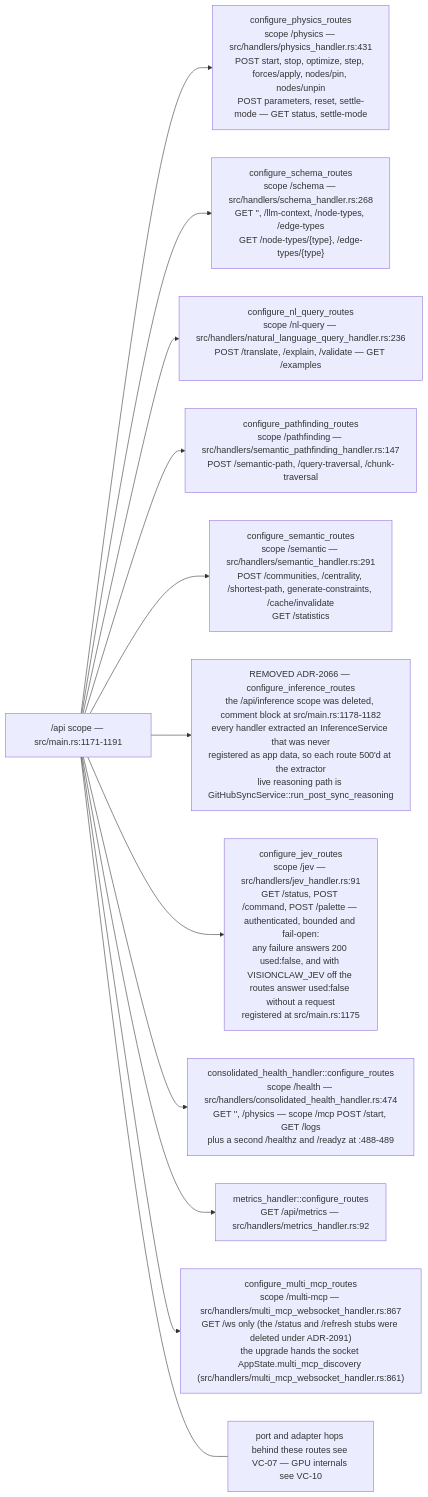
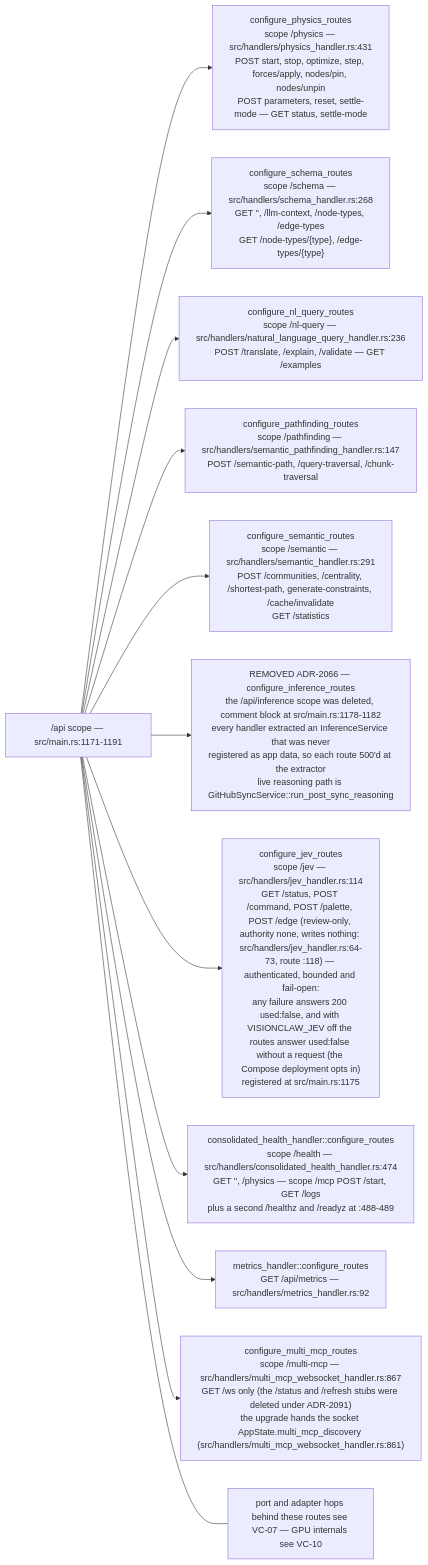
The tenth of 13 diagrams in docs/diagrams/visionclaw/01-boot-and-app-state.md (DreamLab-AI/VisionFlow), drawn with Mermaid before and after one commit. The commit also changed other lines of this file and 145 other files, not shown here.

````diff
--- a/docs/diagrams/visionclaw/01-boot-and-app-state.md
+++ b/docs/diagrams/visionclaw/01-boot-and-app-state.md
@@ -420,16 +423,16 @@
 ```mermaid
 flowchart LR
     S["/api scope — src/main.rs:1171-1191"]
     S --> P["configure_physics_routes<br/>scope /physics — src/handlers/physics_handler.rs:431<br/>POST start, stop, optimize, step, forces/apply, nodes/pin, nodes/unpin<br/>POST parameters, reset, settle-mode — GET status, settle-mode"]
     S --> SC["configure_schema_routes<br/>scope /schema — src/handlers/schema_handler.rs:268<br/>GET '', /llm-context, /node-types, /edge-types<br/>GET /node-types/{type}, /edge-types/{type}"]
     S --> NL["configure_nl_query_routes<br/>scope /nl-query — src/handlers/natural_language_query_handler.rs:236<br/>POST /translate, /explain, /validate — GET /examples"]
     S --> PF["configure_pathfinding_routes<br/>scope /pathfinding — src/handlers/semantic_pathfinding_handler.rs:147<br/>POST /semantic-path, /query-traversal, /chunk-traversal"]
     S --> SM["configure_semantic_routes<br/>scope /semantic — src/handlers/semantic_handler.rs:291<br/>POST /communities, /centrality, /shortest-path, generate-constraints, /cache/invalidate<br/>GET /statistics"]
     S --> IN["REMOVED ADR-2066 — configure_inference_routes<br/>the /api/inference scope was deleted, comment block at src/main.rs:1178-1182<br/>every handler extracted an InferenceService that was never<br/>registered as app data, so each route 500'd at the extractor<br/>live reasoning path is GitHubSyncService::run_post_sync_reasoning"]
-    S --> JV["configure_jev_routes<br/>scope /jev — src/handlers/jev_handler.rs:91<br/>GET /status, POST /command, POST /palette — authenticated, bounded and fail-open:<br/>any failure answers 200 used:false, and with VISIONCLAW_JEV off the routes answer used:false without a request<br/>registered at src/main.rs:1175"]
+    S --> JV["configure_jev_routes<br/>scope /jev — src/handlers/jev_handler.rs:114<br/>GET /status, POST /command, POST /palette, POST /edge (review-only, authority none, writes nothing: src/handlers/jev_handler.rs:64-73, route :118) — authenticated, bounded and fail-open:<br/>any failure answers 200 used:false, and with VISIONCLAW_JEV off the routes answer used:false without a request (the Compose deployment opts in)<br/>registered at src/main.rs:1175"]
     S --> HE["consolidated_health_handler::configure_routes<br/>scope /health — src/handlers/consolidated_health_handler.rs:474<br/>GET '', /physics — scope /mcp POST /start, GET /logs<br/>plus a second /healthz and /readyz at :488-489"]
     S --> ME["metrics_handler::configure_routes<br/>GET /api/metrics — src/handlers/metrics_handler.rs:92"]
     S --> MM["configure_multi_mcp_routes<br/>scope /multi-mcp — src/handlers/multi_mcp_websocket_handler.rs:867<br/>GET /ws only (the /status and /refresh stubs were deleted under ADR-2091)<br/>the upgrade hands the socket AppState.multi_mcp_discovery (src/handlers/multi_mcp_websocket_handler.rs:861)"]
     N["port and adapter hops behind these routes see VC-07 — GPU internals see VC-10"]
     S --- N
 ```
````
